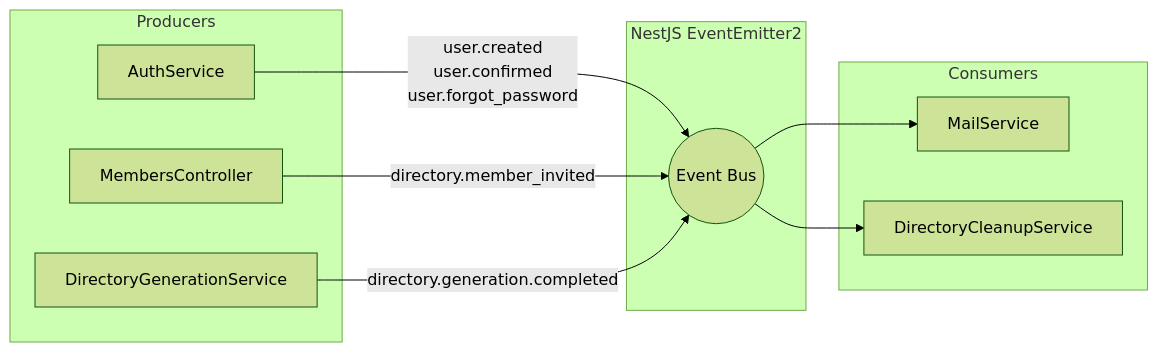
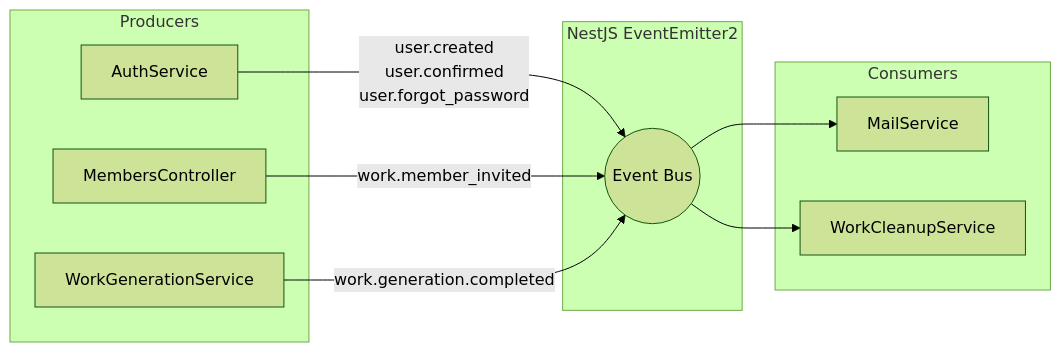
The first of 3 diagrams in docs/architecture/events-deep-dive.md (ever-works/ever-works), drawn with Mermaid (forest theme) before and after one commit. The commit also changed other lines of this file and 395 other files, not shown here.

````diff
--- a/docs/architecture/events-deep-dive.md
+++ b/docs/architecture/events-deep-dive.md
@@ -14,23 +14,23 @@
 ```mermaid
 flowchart LR
     subgraph Producers
         A[AuthService]
         B[MembersController]
-        C[DirectoryGenerationService]
+        C[WorkGenerationService]
     end
 
     subgraph EventBus["NestJS EventEmitter2"]
         E((Event Bus))
     end
 
     subgraph Consumers
         M[MailService]
-        D[DirectoryCleanupService]
+        D[WorkCleanupService]
     end
 
     A -- "user.created\nuser.confirmed\nuser.forgot_password" --> E
-    B -- "directory.member_invited" --> E
-    C -- "directory.generation.completed" --> E
+    B -- "work.member_invited" --> E
+    C -- "work.generation.completed" --> E
     E --> M
     E --> D
 ```
````
